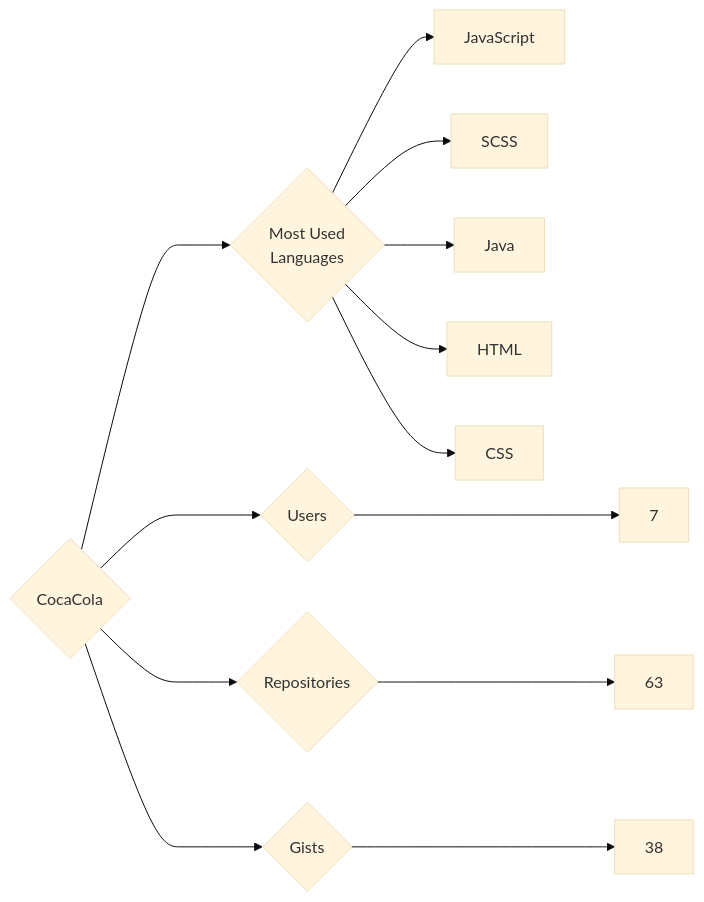
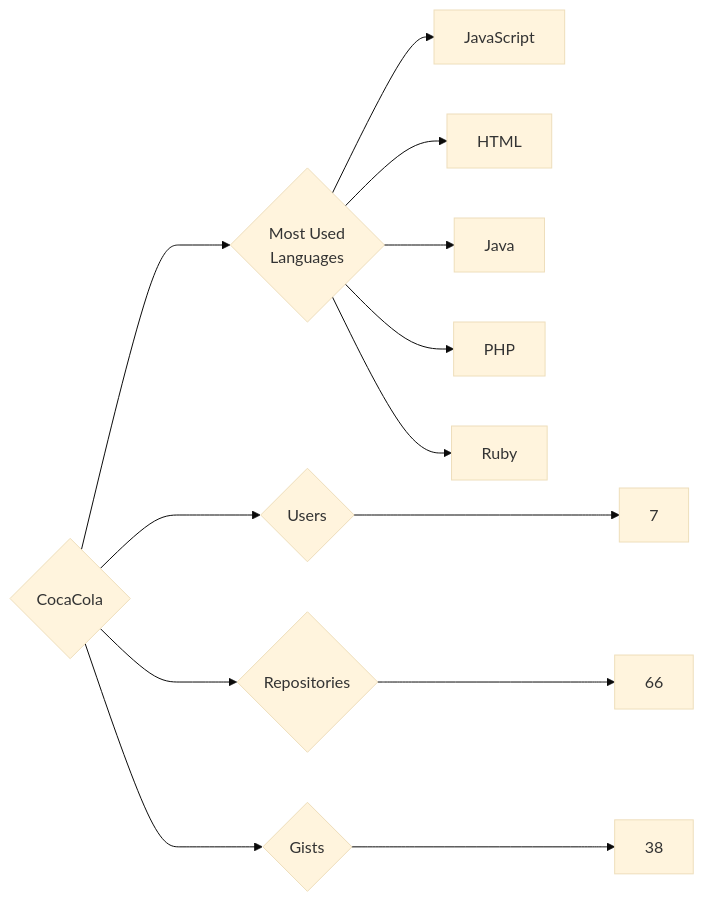
Before and after one commit to trickest/insiders: the diagram in targets/CocaCola/README.md, drawn with Mermaid (base theme). The commit also changed 657 other files, not shown here.

````diff
--- a/targets/CocaCola/README.md
+++ b/targets/CocaCola/README.md
@@ -3,13 +3,13 @@
 ```mermaid
 graph LR
 COMPANY_NAME{CocaCola}
 COMPANY_NAME ---> U{Users} ---> UN[7]
-COMPANY_NAME ---> R{Repositories} ---> RN[63]
+COMPANY_NAME ---> R{Repositories} ---> RN[66]
 COMPANY_NAME ---> G{Gists} ---> GN[38]
 COMPANY_NAME ---> ML{Most Used<br>Languages}
 ML --> JavaScript[JavaScript]
-ML --> SCSS[SCSS]
+ML --> HTML[HTML]
 ML --> Java[Java]
-ML --> HTML[HTML]
-ML --> CSS[CSS]
+ML --> PHP[PHP]
+ML --> Ruby[Ruby]
 ```
````
